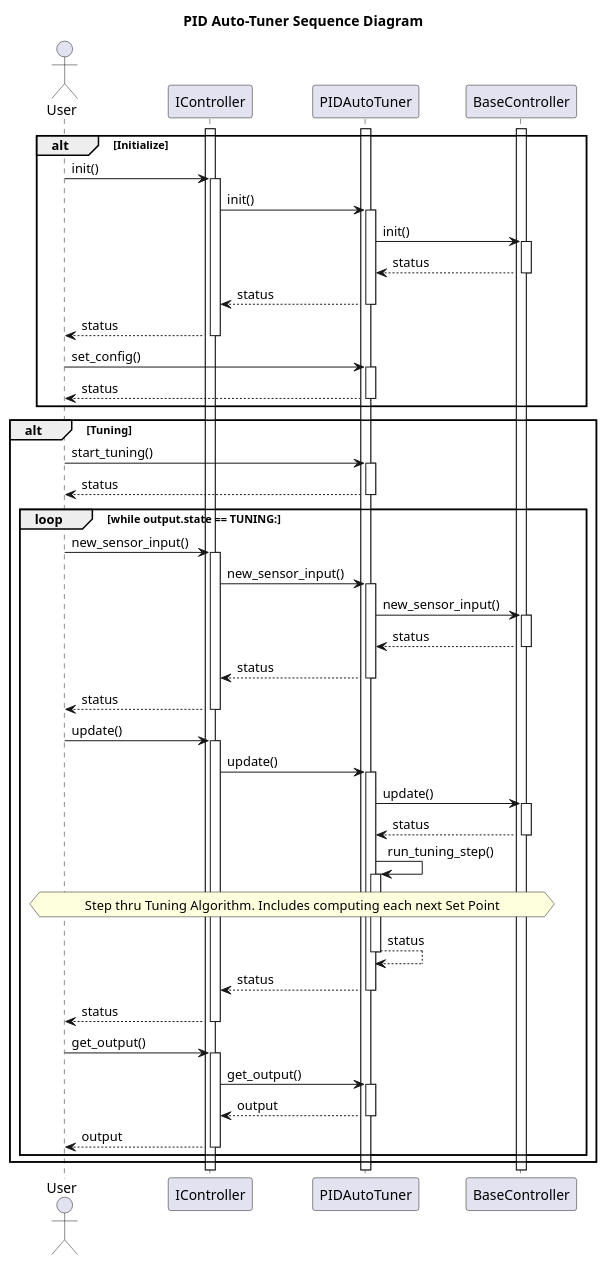
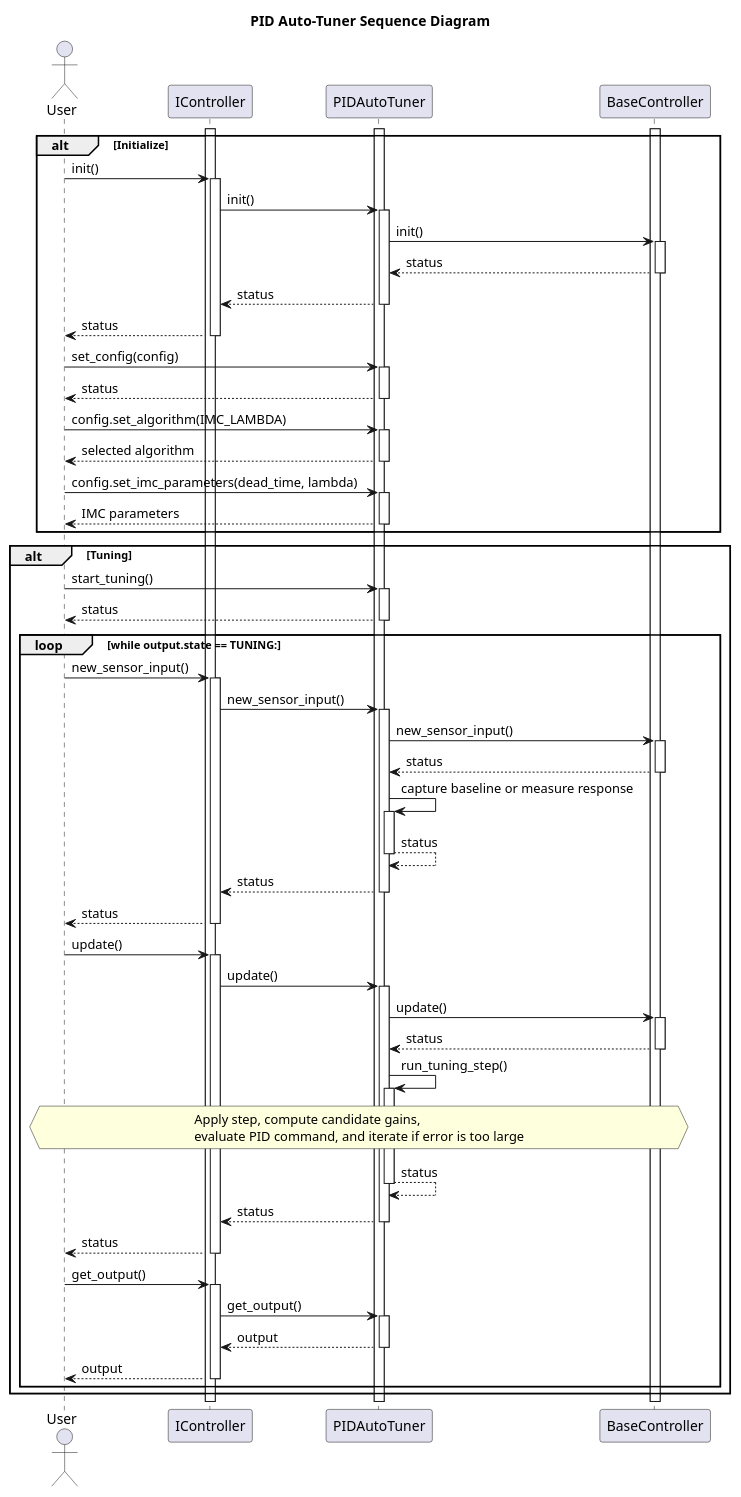
One commit to fastrobotics/robot_framework changed the diagram in Systems/Navigation/doc/puml/PIDAutoTunerSequenceDiagram.puml. Above: the diagram before and after it, drawn with PlantUML. The commit also changed 14 other files, not shown here.

```diff
--- a/Systems/Navigation/doc/puml/PIDAutoTunerSequenceDiagram.puml
+++ b/Systems/Navigation/doc/puml/PIDAutoTunerSequenceDiagram.puml
@@ -1,53 +1,60 @@
 @startuml
 title PID Auto-Tuner Sequence Diagram
 actor User as user
 participant IController as interface
 participant PIDAutoTuner as auto_tuner
 participant BaseController as base
 
 alt Initialize
 activate interface
 activate auto_tuner
 activate base
 user -> interface++: init()
 interface -> auto_tuner++: init()
 auto_tuner -> base++: init()
 base --> auto_tuner--: status
 auto_tuner --> interface--: status
 interface --> user--: status
 
-user -> auto_tuner++: set_config()
+user -> auto_tuner++: set_config(config)
 auto_tuner --> user--: status
+
+user -> auto_tuner++: config.set_algorithm(IMC_LAMBDA)
+auto_tuner --> user--: selected algorithm
+user -> auto_tuner++: config.set_imc_parameters(dead_time, lambda)
+auto_tuner --> user--: IMC parameters
 
 end
 
 alt Tuning
 user -> auto_tuner++: start_tuning()
 auto_tuner --> user--: status
     loop while output.state == TUNING:
         user -> interface++: new_sensor_input()
         interface -> auto_tuner++: new_sensor_input()
         auto_tuner -> base++: new_sensor_input()
         base --> auto_tuner--: status
+        auto_tuner -> auto_tuner++: capture baseline or measure response
+        auto_tuner --> auto_tuner--: status
         auto_tuner --> interface--: status
         interface --> user--: status
 
         user -> interface++: update()
         interface -> auto_tuner++: update()
         auto_tuner -> base++: update()
         base --> auto_tuner--: status
         auto_tuner -> auto_tuner++: run_tuning_step()
-        hnote across: Step thru Tuning Algorithm.  Includes computing each next Set Point
+        hnote across: Apply step, compute candidate gains,\nevaluate PID command, and iterate if error is too large
         auto_tuner --> auto_tuner--: status
 
         auto_tuner --> interface--: status
         interface --> user--: status
 
         user -> interface++: get_output()
         interface -> auto_tuner++: get_output()
         auto_tuner --> interface--: output
         interface --> user--: output
     end
 end
 
 @enduml
```
